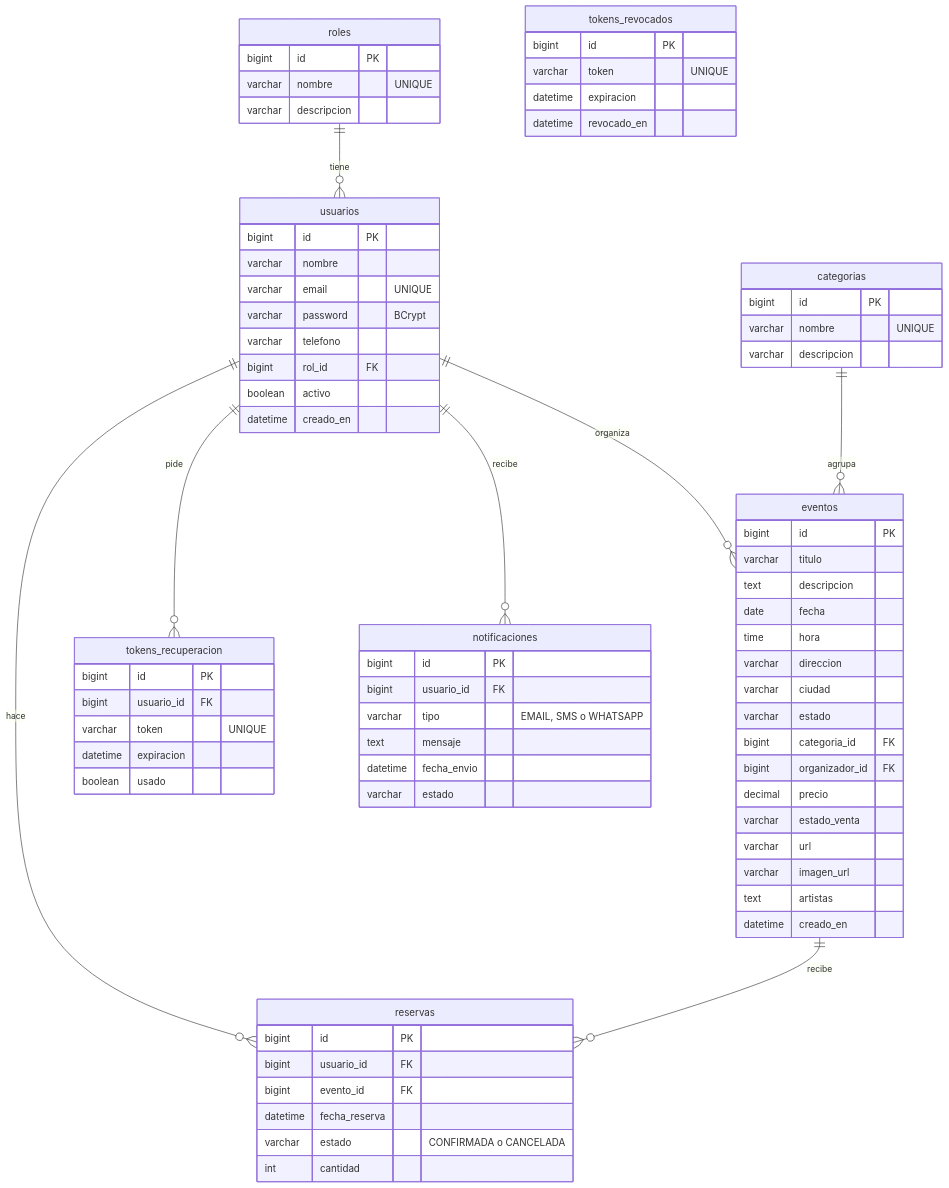
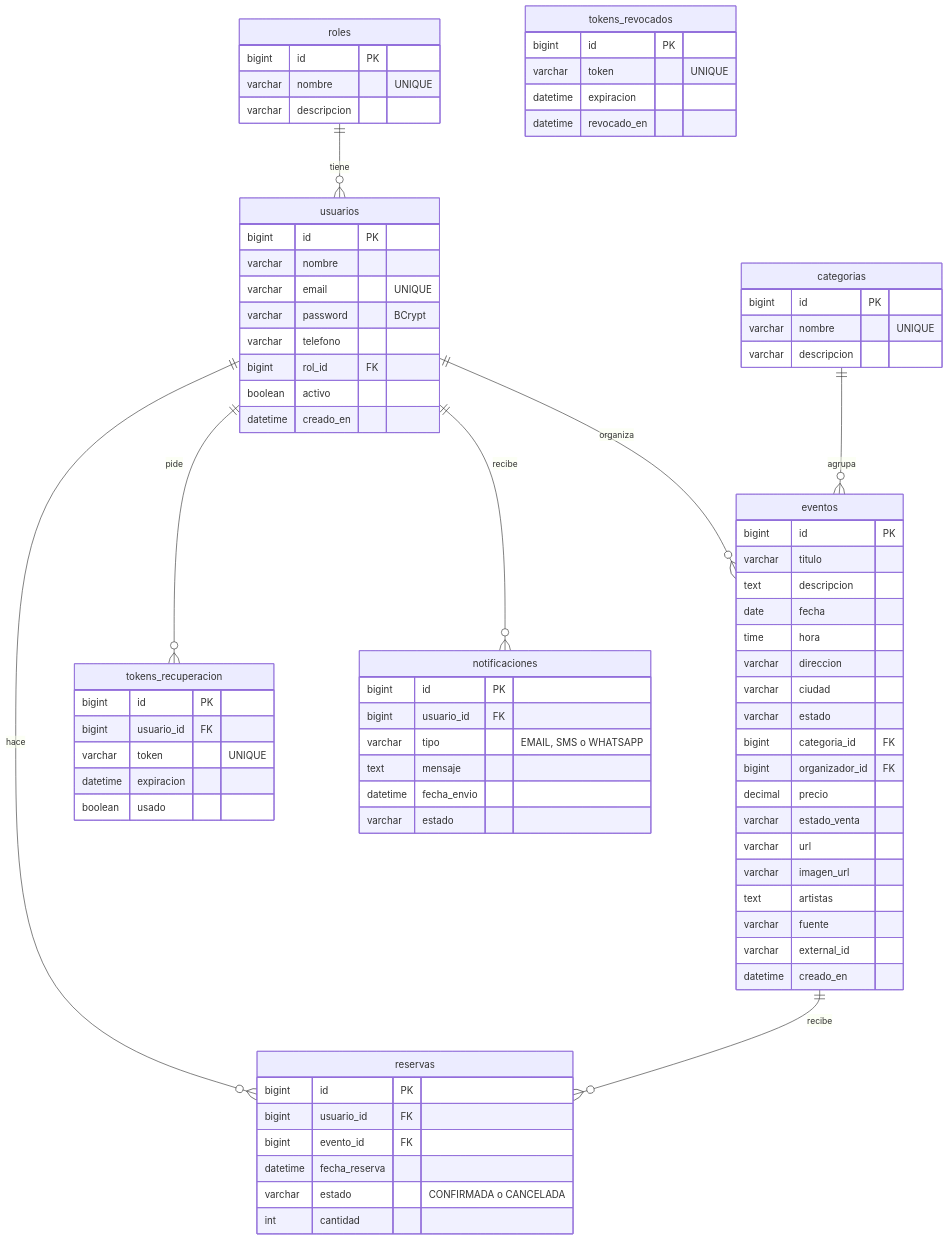
Before and after one commit to PerlaD391/CulturaVibe-Final: the diagram in README.md, drawn with Mermaid. The commit also changed other lines of this file and 13 other files, not shown here.

````diff
--- a/README.md
+++ b/README.md
@@ -164,77 +178,79 @@
 ```mermaid
 erDiagram
     roles ||--o{ usuarios : "tiene"
     usuarios ||--o{ eventos : "organiza"
     usuarios ||--o{ reservas : "hace"
     usuarios ||--o{ tokens_recuperacion : "pide"
     usuarios ||--o{ notificaciones : "recibe"
     categorias ||--o{ eventos : "agrupa"
     eventos ||--o{ reservas : "recibe"
     tokens_revocados {
         bigint id PK
         varchar token "UNIQUE"
         datetime expiracion
         datetime revocado_en
     }
     tokens_recuperacion {
         bigint id PK
         bigint usuario_id FK
         varchar token "UNIQUE"
         datetime expiracion
         boolean usado
     }
     notificaciones {
         bigint id PK
         bigint usuario_id FK
         varchar tipo "EMAIL, SMS o WHATSAPP"
         text mensaje
         datetime fecha_envio
         varchar estado
     }
     roles {
         bigint id PK
         varchar nombre "UNIQUE"
         varchar descripcion
     }
     usuarios {
         bigint id PK
         varchar nombre
         varchar email "UNIQUE"
         varchar password "BCrypt"
         varchar telefono
         bigint rol_id FK
         boolean activo
         datetime creado_en
     }
     categorias {
         bigint id PK
         varchar nombre "UNIQUE"
         varchar descripcion
     }
     eventos {
         bigint id PK
         varchar titulo
         text descripcion
         date fecha
         time hora
         varchar direccion
         varchar ciudad
         varchar estado
         bigint categoria_id FK
         bigint organizador_id FK
         decimal precio
         varchar estado_venta
         varchar url
         varchar imagen_url
         text artistas
+        varchar fuente
+        varchar external_id
         datetime creado_en
     }
     reservas {
         bigint id PK
         bigint usuario_id FK
         bigint evento_id FK
         datetime fecha_reserva
         varchar estado "CONFIRMADA o CANCELADA"
         int cantidad
     }
 ```
````
